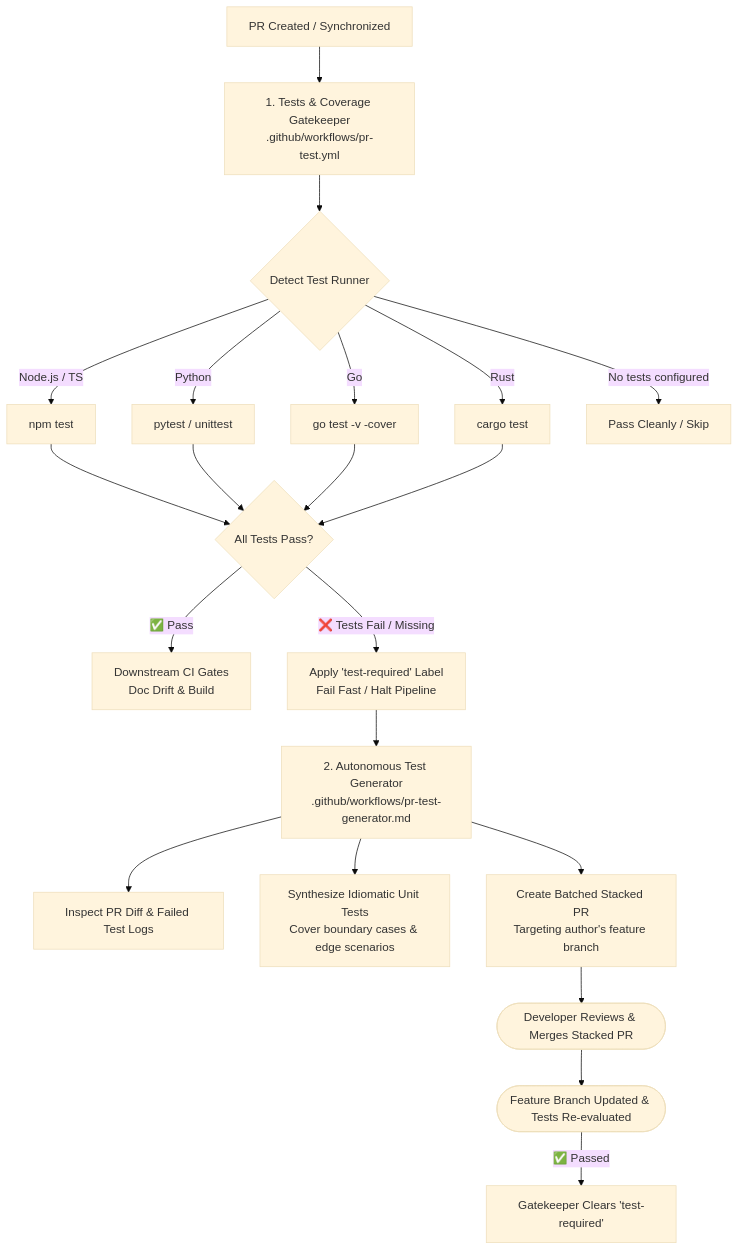
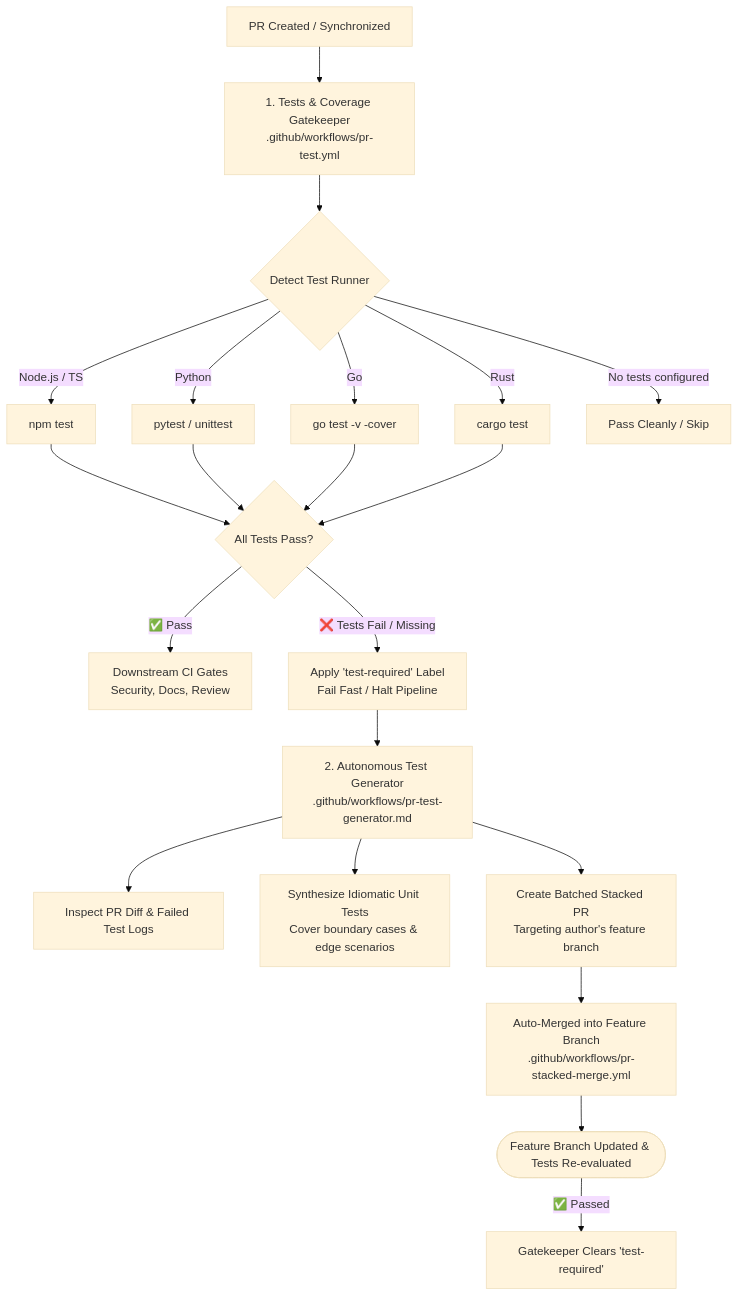
One commit to SitoaderOrg/ForgeFlow changed the diagram in docs/pr-test-and-generator.md. Above: the diagram before and after it, drawn with Mermaid (base theme). The commit also changed 3 other files, not shown here.

First line of the commit message:
docs: align module documentation and mermaid diagrams with auto-merge consolidation flow

````diff
--- a/docs/pr-test-and-generator.md
+++ b/docs/pr-test-and-generator.md
@@ -9,28 +9,28 @@
 ```mermaid
 flowchart TD
     PR[PR Created / Synchronized] --> TestGate[1. Tests & Coverage Gatekeeper\n.github/workflows/pr-test.yml]
     
     TestGate --> PolyglotDetect{Detect Test Runner}
     PolyglotDetect -->|Node.js / TS| RunNpm[npm test]
     PolyglotDetect -->|Python| RunPytest[pytest / unittest]
     PolyglotDetect -->|Go| RunGo[go test -v -cover]
     PolyglotDetect -->|Rust| RunCargo[cargo test]
     PolyglotDetect -->|No tests configured| PassClean[Pass Cleanly / Skip]
 
     RunNpm --> StatusCheck{All Tests Pass?}
     RunPytest --> StatusCheck
     RunGo --> StatusCheck
     RunCargo --> StatusCheck
 
-    StatusCheck -->|✅ Pass| NextGate[Downstream CI Gates\nDoc Drift & Build]
+    StatusCheck -->|✅ Pass| NextGate[Downstream CI Gates\nSecurity, Docs, Review]
     StatusCheck -->|❌ Tests Fail / Missing| AddLabel[Apply 'test-required' Label\nFail Fast / Halt Pipeline]
 
     AddLabel --> Generator[2. Autonomous Test Generator\n.github/workflows/pr-test-generator.md]
     Generator --> Inspect[Inspect PR Diff & Failed Test Logs]
     Generator --> Synthesize[Synthesize Idiomatic Unit Tests\nCover boundary cases & edge scenarios]
     Generator --> StackedPR[Create Batched Stacked PR\nTargeting author's feature branch]
 
-    StackedPR --> DevReview([Developer Reviews & Merges Stacked PR])
-    DevReview --> Recheck([Feature Branch Updated & Tests Re-evaluated])
+    StackedPR --> AutoMerge[Auto-Merged into Feature Branch\n.github/workflows/pr-stacked-merge.yml]
+    AutoMerge --> Recheck([Feature Branch Updated & Tests Re-evaluated])
     Recheck -->|✅ Passed| ClearLabel[Gatekeeper Clears 'test-required']
 ```
````
